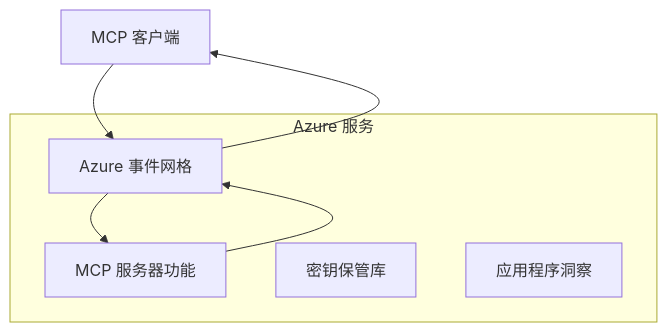
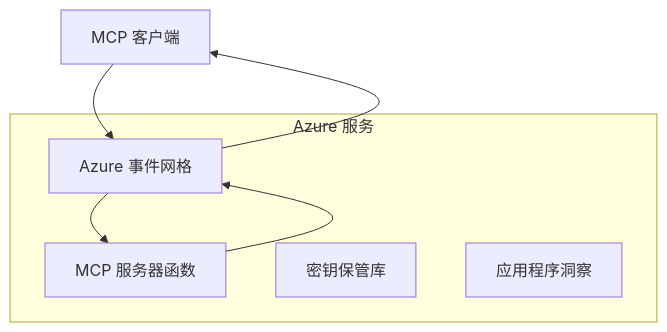
One commit to HIDORAKAI002/ai-workspace-archive changed the first of 2 diagrams in mcp_ecosystem__model_context_protocol/mcp_learning_resources/mcp-for-beginners/translations/zh-CN/05-AdvancedTopics/mcp-transport/README.md. Above: the diagram before and after it, drawn with Mermaid. The commit also changed other lines of this file and 1046 other files, not shown here.

````diff
--- a/mcp_ecosystem__model_context_protocol/mcp_learning_resources/mcp-for-beginners/translations/zh-CN/05-AdvancedTopics/mcp-transport/README.md
+++ b/mcp_ecosystem__model_context_protocol/mcp_learning_resources/mcp-for-beginners/translations/zh-CN/05-AdvancedTopics/mcp-transport/README.md
@@ -58,14 +60,14 @@
 ```mermaid
 graph TB
     Client[MCP 客户端] --> EG[Azure 事件网格]
-    EG --> Server[MCP 服务器功能]
+    EG --> Server[MCP 服务器函数]
     Server --> EG
     EG --> Client
     
     subgraph "Azure 服务"
         EG
         Server
         KV[密钥保管库]
         Monitor[应用程序洞察]
     end
 ```
````
